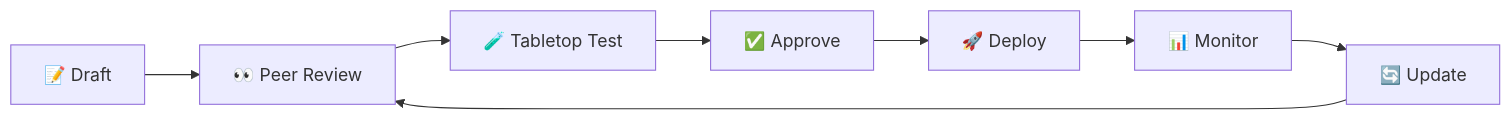
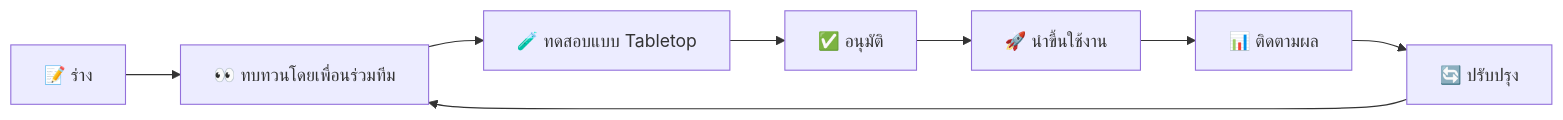
One commit to nutthakorn7/SOC-Standard-Operating-Procedures changed the diagram in 05_Incident_Response/Playbook_Development_Guide.th.md. Above: the diagram before and after it, drawn with Mermaid. The commit also changed 7 other files, not shown here.

````diff
--- a/05_Incident_Response/Playbook_Development_Guide.th.md
+++ b/05_Incident_Response/Playbook_Development_Guide.th.md
@@ -276,10 +276,10 @@
 ```mermaid
 graph LR
-    Draft["📝 Draft"] --> Review["👀 Peer Review"]
-    Review --> Test["🧪 Tabletop Test"]
-    Test --> Approve["✅ Approve"]
-    Approve --> Deploy["🚀 Deploy"]
-    Deploy --> Monitor["📊 Monitor"]
-    Monitor --> Update["🔄 Update"]
+    Draft["📝 ร่าง"] --> Review["👀 ทบทวนโดยเพื่อนร่วมทีม"]
+    Review --> Test["🧪 ทดสอบแบบ Tabletop"]
+    Test --> Approve["✅ อนุมัติ"]
+    Approve --> Deploy["🚀 นำขึ้นใช้งาน"]
+    Deploy --> Monitor["📊 ติดตามผล"]
+    Monitor --> Update["🔄 ปรับปรุง"]
     Update --> Review
 ```
````
